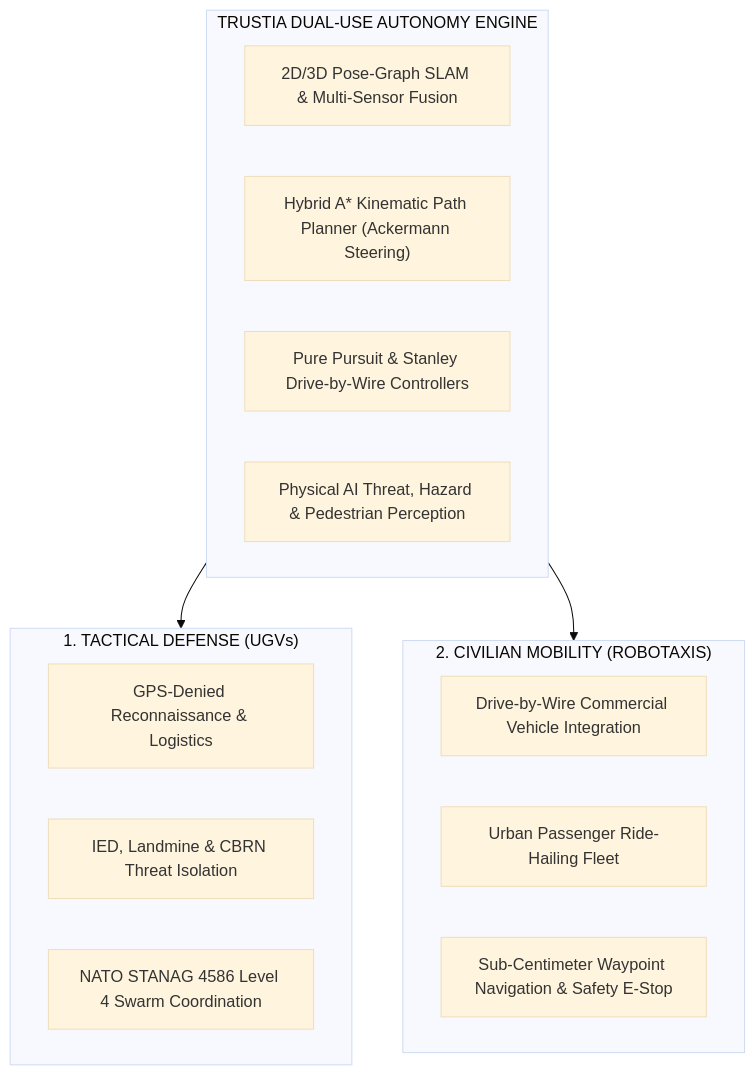
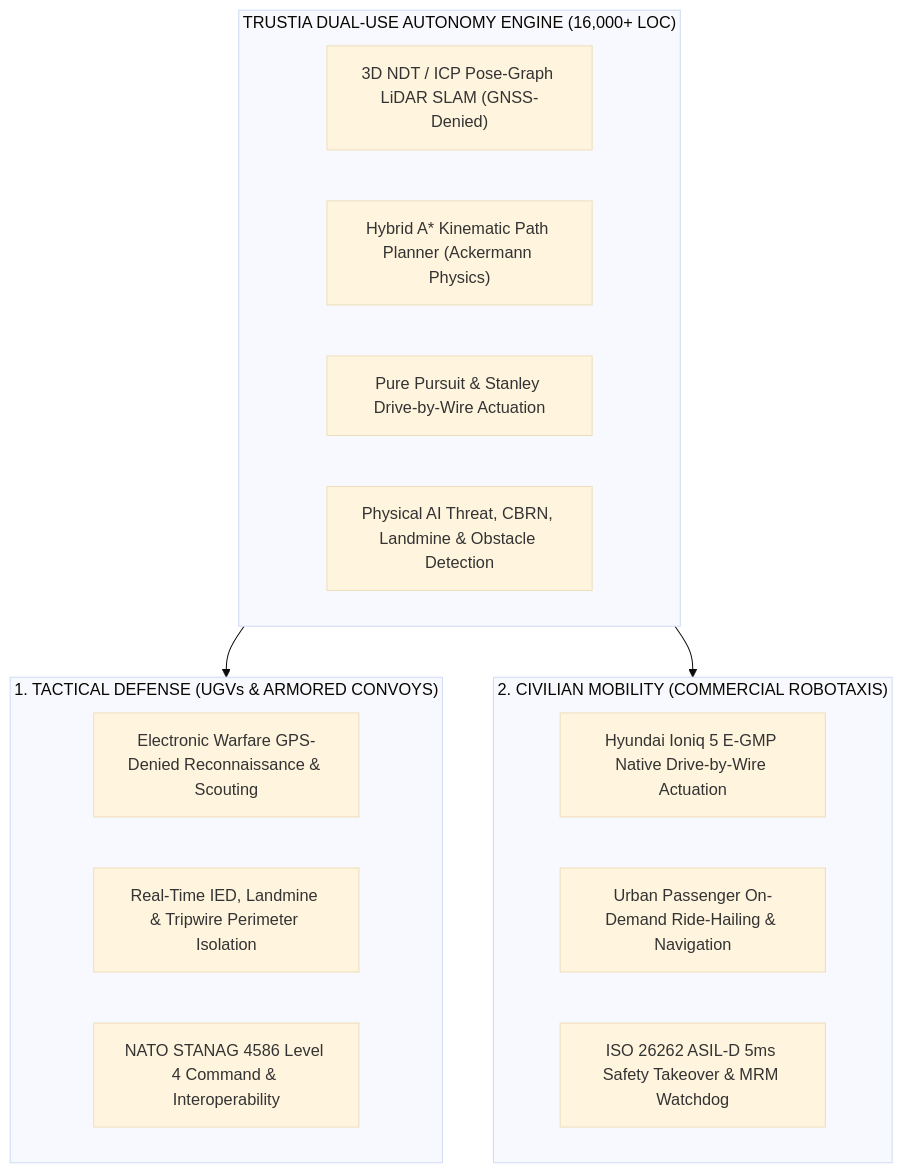
The diagram in README.md (Trustia/Trustia), drawn with Mermaid (base theme) before and after one commit. The commit also changed other lines of this file and 5 other files, not shown here.

````diff
--- a/README.md
+++ b/README.md
@@ -50,24 +52,24 @@
 ```mermaid
 flowchart TD
-    subgraph Core ["TRUSTIA DUAL-USE AUTONOMY ENGINE"]
-        SLAM["2D/3D Pose-Graph SLAM & Multi-Sensor Fusion"]
-        PLAN["Hybrid A* Kinematic Path Planner (Ackermann Steering)"]
-        CTRL["Pure Pursuit & Stanley Drive-by-Wire Controllers"]
-        AI["Physical AI Threat, Hazard & Pedestrian Perception"]
+    subgraph Core ["TRUSTIA DUAL-USE AUTONOMY ENGINE (16,000+ LOC)"]
+        SLAM["3D NDT / ICP Pose-Graph LiDAR SLAM (GNSS-Denied)"]
+        PLAN["Hybrid A* Kinematic Path Planner (Ackermann Physics)"]
+        CTRL["Pure Pursuit & Stanley Drive-by-Wire Actuation"]
+        AI["Physical AI Threat, CBRN, Landmine & Obstacle Detection"]
     end
 
-    subgraph Defense ["1. TACTICAL DEFENSE (UGVs)"]
-        UGV1["GPS-Denied Reconnaissance & Logistics"]
-        UGV2["IED, Landmine & CBRN Threat Isolation"]
-        UGV3["NATO STANAG 4586 Level 4 Swarm Coordination"]
+    subgraph Defense ["1. TACTICAL DEFENSE (UGVs & ARMORED CONVOYS)"]
+        UGV1["Electronic Warfare GPS-Denied Reconnaissance & Scouting"]
+        UGV2["Real-Time IED, Landmine & Tripwire Perimeter Isolation"]
+        UGV3["NATO STANAG 4586 Level 4 Command & Interoperability"]
     end
 
-    subgraph Civilian ["2. CIVILIAN MOBILITY (ROBOTAXIS)"]
-        TAXI1["Drive-by-Wire Commercial Vehicle Integration"]
-        TAXI2["Urban Passenger Ride-Hailing Fleet"]
-        TAXI3["Sub-Centimeter Waypoint Navigation & Safety E-Stop"]
+    subgraph Civilian ["2. CIVILIAN MOBILITY (COMMERCIAL ROBOTAXIS)"]
+        TAXI1["Hyundai Ioniq 5 E-GMP Native Drive-by-Wire Actuation"]
+        TAXI2["Urban Passenger On-Demand Ride-Hailing & Navigation"]
+        TAXI3["ISO 26262 ASIL-D 5ms Safety Takeover & MRM Watchdog"]
     end
 
     Core --> Defense
     Core --> Civilian
 ```
````
